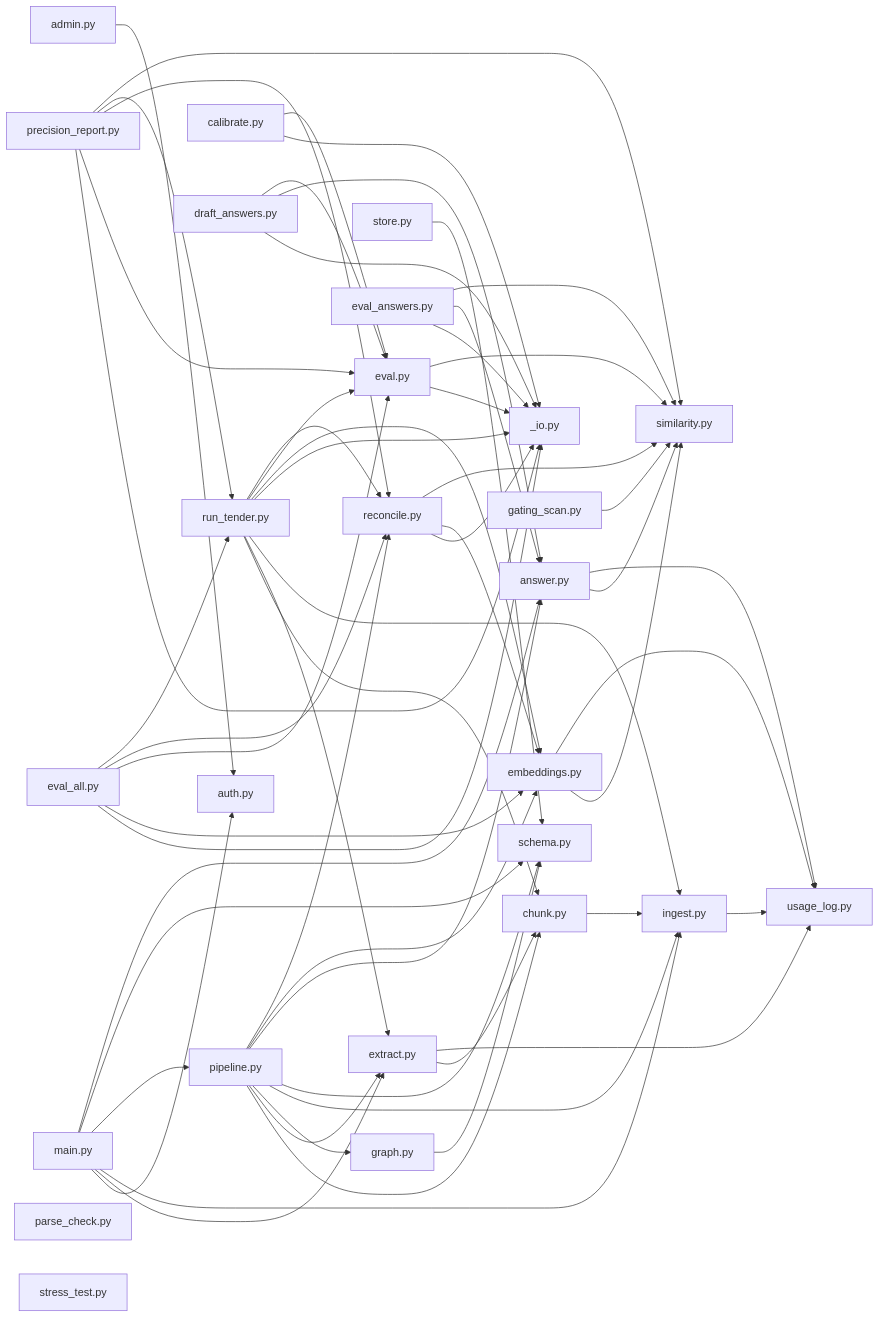
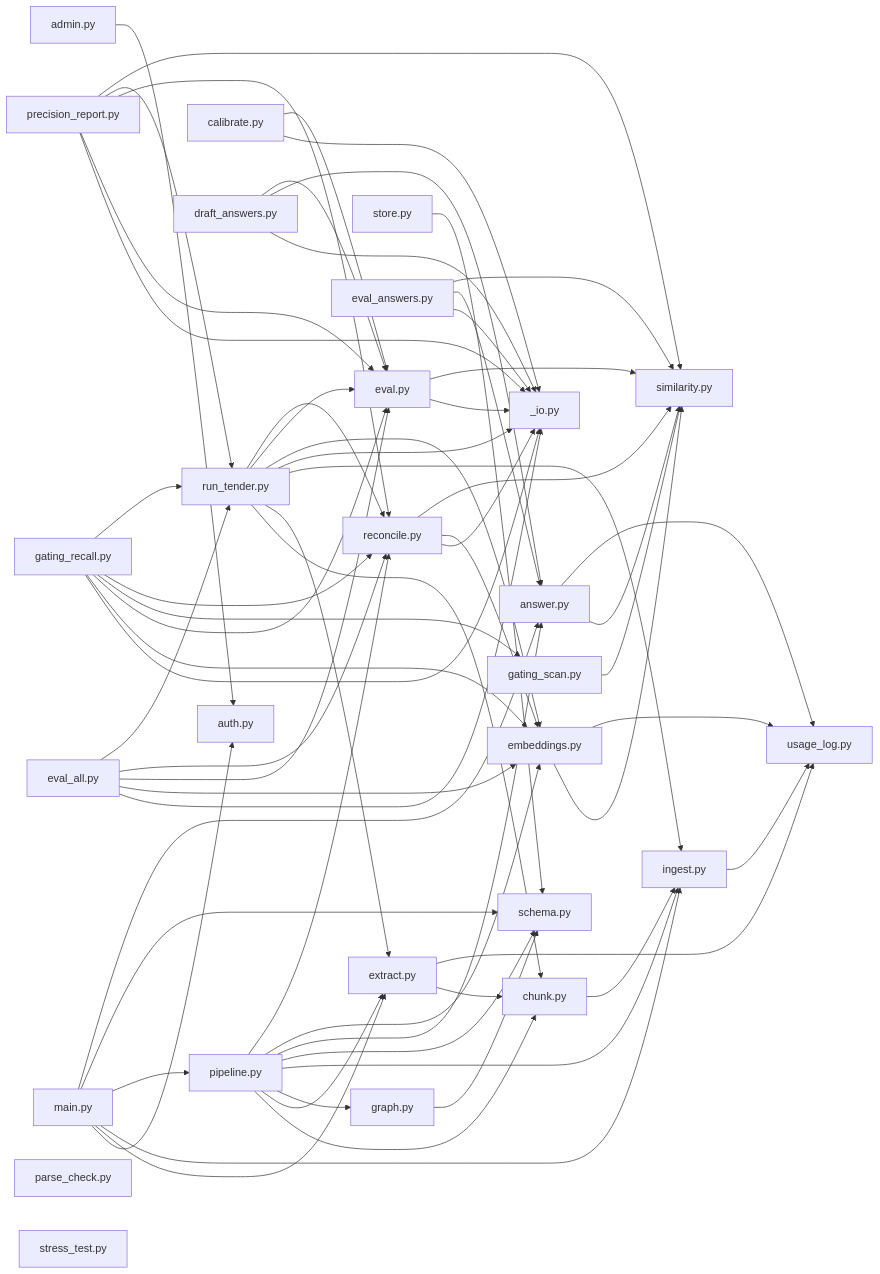
The third of 3 diagrams in CODEMAP.md (Welddevelopment/Tender_Breakdown_AI-Agent), drawn with Mermaid before and after one commit. The commit also changed other lines of this file and 2 other files, not shown here.

Commit message:
gating_recall: TRUE semantic gating-recall measure (auditable) — lexical scorer understates disqualifier catches
Measures gating recall by embedding cosine (reuses engine.embeddings) + unions the gating_scan
safety-net. Prints every credit's cosine + matched req so it's human-auditable (anti-gaming).
Evidence: museum 10/10 disqualifiers surfaced as gating at cos 0.70-0.98 — the lexical eval read
those as misses. Opt-in (needs key); default lexical eval stays offline. Ref J-061/J-062.

````diff
--- a/CODEMAP.md
+++ b/CODEMAP.md
@@ -240,61 +240,67 @@
 ```mermaid
 graph LR
   n0[admin.py] --> n1[auth.py]
   n2[chunk.py] --> n3[ingest.py]
   n4[extract.py] --> n2[chunk.py]
   n4[extract.py] --> n5[usage_log.py]
   n6[graph.py] --> n7[schema.py]
   n3[ingest.py] --> n5[usage_log.py]
   n8[main.py] --> n1[auth.py]
   n8[main.py] --> n4[extract.py]
   n8[main.py] --> n3[ingest.py]
   n8[main.py] --> n9[pipeline.py]
   n8[main.py] --> n7[schema.py]
   n8[main.py] --> n10[answer.py]
   n9[pipeline.py] --> n2[chunk.py]
   n9[pipeline.py] --> n4[extract.py]
   n9[pipeline.py] --> n6[graph.py]
   n9[pipeline.py] --> n3[ingest.py]
   n9[pipeline.py] --> n7[schema.py]
   n9[pipeline.py] --> n10[answer.py]
   n9[pipeline.py] --> n11[embeddings.py]
   n9[pipeline.py] --> n12[reconcile.py]
   n13[store.py] --> n7[schema.py]
   n10[answer.py] --> n14[similarity.py]
   n10[answer.py] --> n5[usage_log.py]
   n11[embeddings.py] --> n14[similarity.py]
   n11[embeddings.py] --> n5[usage_log.py]
   n15[eval.py] --> n16[_io.py]
   n15[eval.py] --> n14[similarity.py]
   n17[eval_answers.py] --> n16[_io.py]
   n17[eval_answers.py] --> n10[answer.py]
   n17[eval_answers.py] --> n14[similarity.py]
   n18[gating_scan.py] --> n14[similarity.py]
   n12[reconcile.py] --> n16[_io.py]
   n12[reconcile.py] --> n11[embeddings.py]
   n12[reconcile.py] --> n14[similarity.py]
   n19[calibrate.py] --> n16[_io.py]
   n19[calibrate.py] --> n15[eval.py]
   n20[draft_answers.py] --> n16[_io.py]
   n20[draft_answers.py] --> n10[answer.py]
   n20[draft_answers.py] --> n15[eval.py]
   n21[eval_all.py] --> n16[_io.py]
   n21[eval_all.py] --> n11[embeddings.py]
   n21[eval_all.py] --> n15[eval.py]
   n21[eval_all.py] --> n12[reconcile.py]
   n21[eval_all.py] --> n22[run_tender.py]
-  n23[precision_report.py] --> n16[_io.py]
-  n23[precision_report.py] --> n15[eval.py]
-  n23[precision_report.py] --> n12[reconcile.py]
-  n23[precision_report.py] --> n22[run_tender.py]
-  n23[precision_report.py] --> n14[similarity.py]
+  n23[gating_recall.py] --> n16[_io.py]
+  n23[gating_recall.py] --> n11[embeddings.py]
+  n23[gating_recall.py] --> n15[eval.py]
+  n23[gating_recall.py] --> n18[gating_scan.py]
+  n23[gating_recall.py] --> n12[reconcile.py]
+  n23[gating_recall.py] --> n22[run_tender.py]
+  n24[precision_report.py] --> n16[_io.py]
+  n24[precision_report.py] --> n15[eval.py]
+  n24[precision_report.py] --> n12[reconcile.py]
+  n24[precision_report.py] --> n22[run_tender.py]
+  n24[precision_report.py] --> n14[similarity.py]
   n22[run_tender.py] --> n2[chunk.py]
   n22[run_tender.py] --> n4[extract.py]
   n22[run_tender.py] --> n3[ingest.py]
   n22[run_tender.py] --> n16[_io.py]
   n22[run_tender.py] --> n11[embeddings.py]
   n22[run_tender.py] --> n15[eval.py]
   n22[run_tender.py] --> n12[reconcile.py]
-  n24[parse_check.py]
-  n25[stress_test.py]
+  n25[parse_check.py]
+  n26[stress_test.py]
 ```
````
